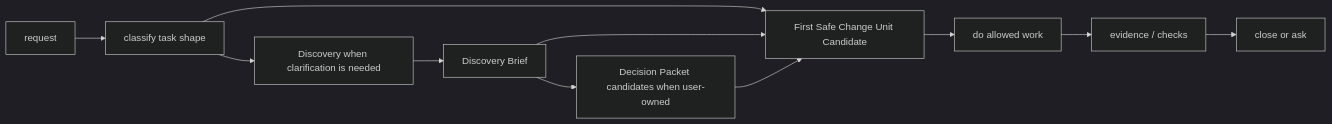
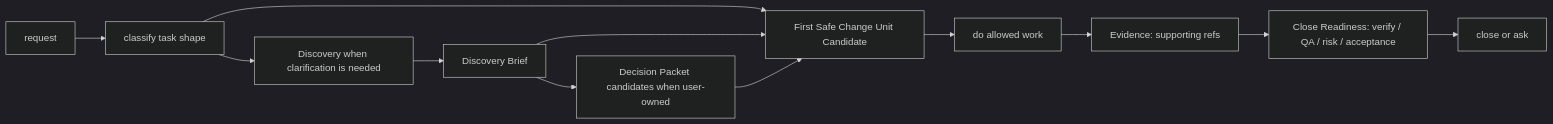
Before and after one commit to minjungw00/Harness_Project: the diagram in docs/en/use/user-guide.md, drawn with Mermaid (dark theme). The commit also changed other lines of this file and 9 other files, not shown here.

````diff
--- a/docs/en/use/user-guide.md
+++ b/docs/en/use/user-guide.md
@@ -311,13 +335,14 @@
 ```mermaid
 flowchart LR
   Request["request"] --> Classify["classify task shape"]
   Classify --> Discovery["Discovery when clarification is needed"]
   Classify --> Scope["scope"]
   Discovery --> Brief["Discovery Brief"]
   Brief --> Decisions["Decision Packet candidates when user-owned"]
   Brief --> Scope["First Safe Change Unit Candidate"]
   Decisions --> Scope
   Scope --> Work["do allowed work"]
-  Work --> Checks["evidence / checks"]
-  Checks --> Close["close or ask"]
+  Work --> Evidence["Evidence: supporting refs"]
+  Evidence --> Readiness["Close Readiness: verify / QA / risk / acceptance"]
+  Readiness --> Close["close or ask"]
 ```
````
